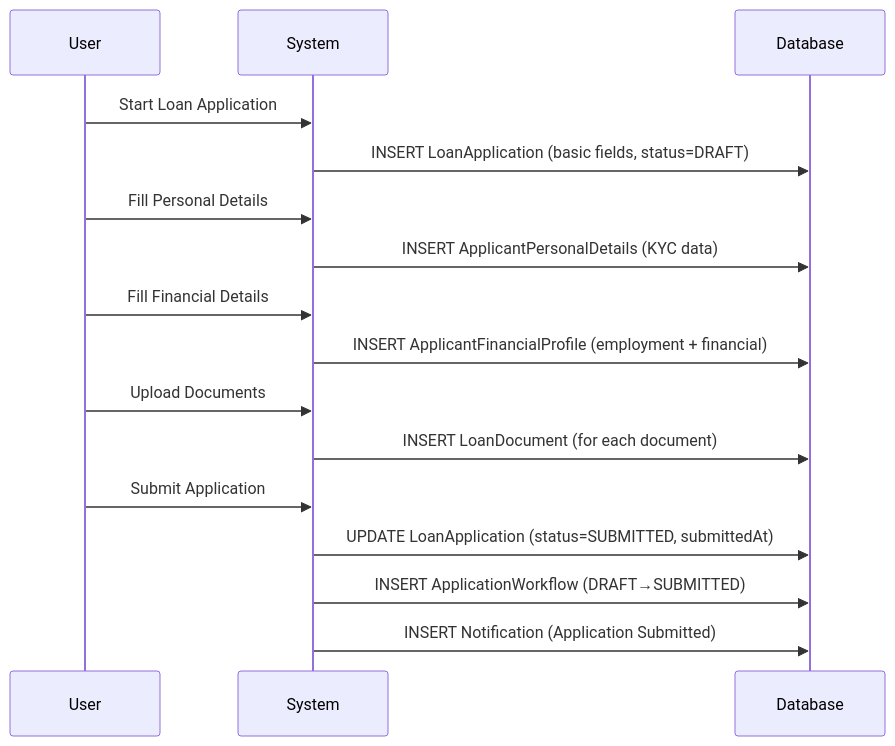
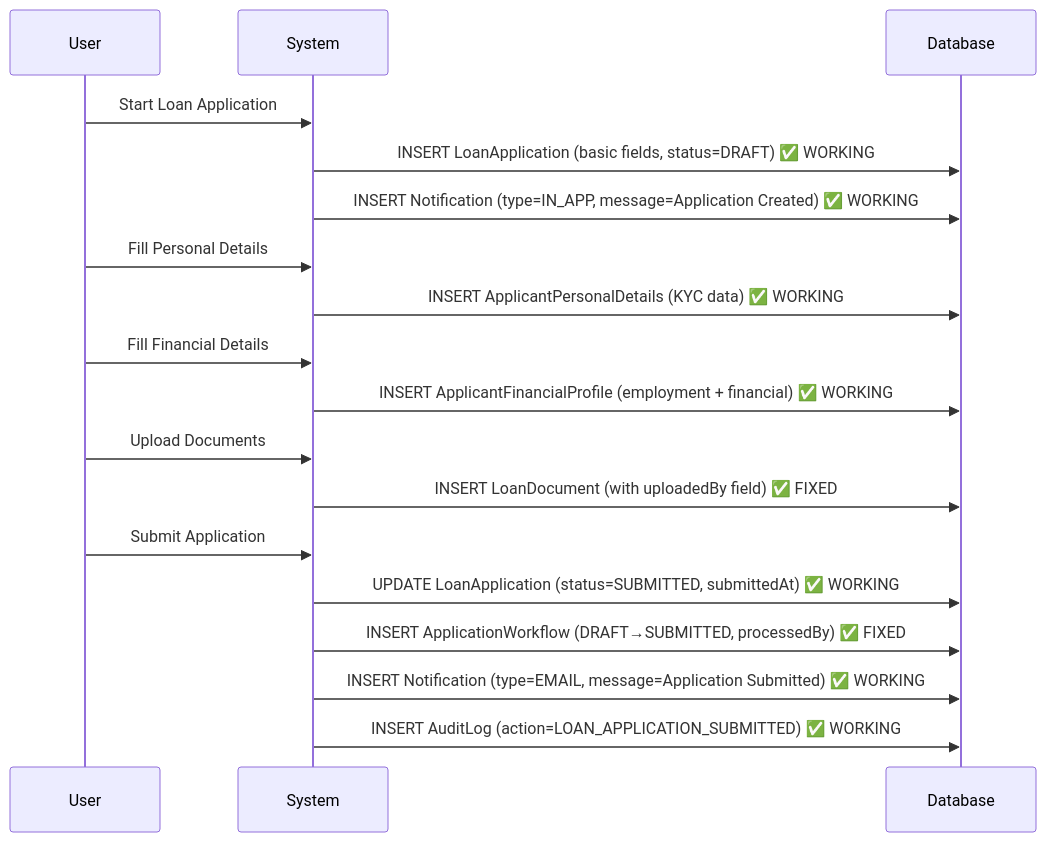
The second of 7 diagrams in COMPLETE_DATA_FLOW_ANALYSIS.md (AshishDabhi1539/Loan_Screening_Project), drawn with Mermaid before and after one commit. The commit also changed other lines of this file and 29 other files, not shown here.

````diff
--- a/COMPLETE_DATA_FLOW_ANALYSIS.md
+++ b/COMPLETE_DATA_FLOW_ANALYSIS.md
@@ -43,19 +56,21 @@
 ```mermaid
 sequenceDiagram
     participant U as User
     participant S as System
     participant DB as Database
     
     U->>S: Start Loan Application
-    S->>DB: INSERT LoanApplication (basic fields, status=DRAFT)
+    S->>DB: INSERT LoanApplication (basic fields, status=DRAFT) ✅ WORKING
+    S->>DB: INSERT Notification (type=IN_APP, message=Application Created) ✅ WORKING
     U->>S: Fill Personal Details
-    S->>DB: INSERT ApplicantPersonalDetails (KYC data)
+    S->>DB: INSERT ApplicantPersonalDetails (KYC data) ✅ WORKING
     U->>S: Fill Financial Details
-    S->>DB: INSERT ApplicantFinancialProfile (employment + financial)
+    S->>DB: INSERT ApplicantFinancialProfile (employment + financial) ✅ WORKING
     U->>S: Upload Documents
-    S->>DB: INSERT LoanDocument (for each document)
+    S->>DB: INSERT LoanDocument (with uploadedBy field) ✅ FIXED
     U->>S: Submit Application
-    S->>DB: UPDATE LoanApplication (status=SUBMITTED, submittedAt)
-    S->>DB: INSERT ApplicationWorkflow (DRAFT→SUBMITTED)
-    S->>DB: INSERT Notification (Application Submitted)
+    S->>DB: UPDATE LoanApplication (status=SUBMITTED, submittedAt) ✅ WORKING
+    S->>DB: INSERT ApplicationWorkflow (DRAFT→SUBMITTED, processedBy) ✅ FIXED
+    S->>DB: INSERT Notification (type=EMAIL, message=Application Submitted) ✅ WORKING
+    S->>DB: INSERT AuditLog (action=LOAN_APPLICATION_SUBMITTED) ✅ WORKING
 ```
````
